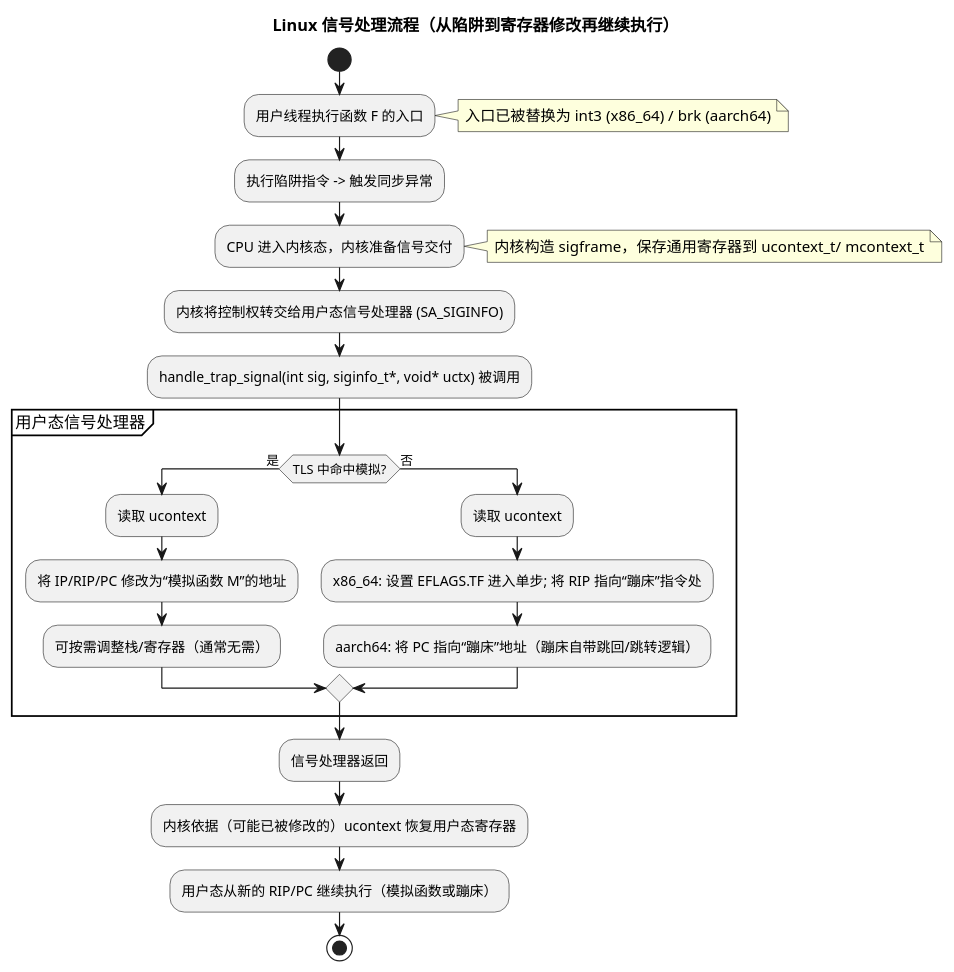
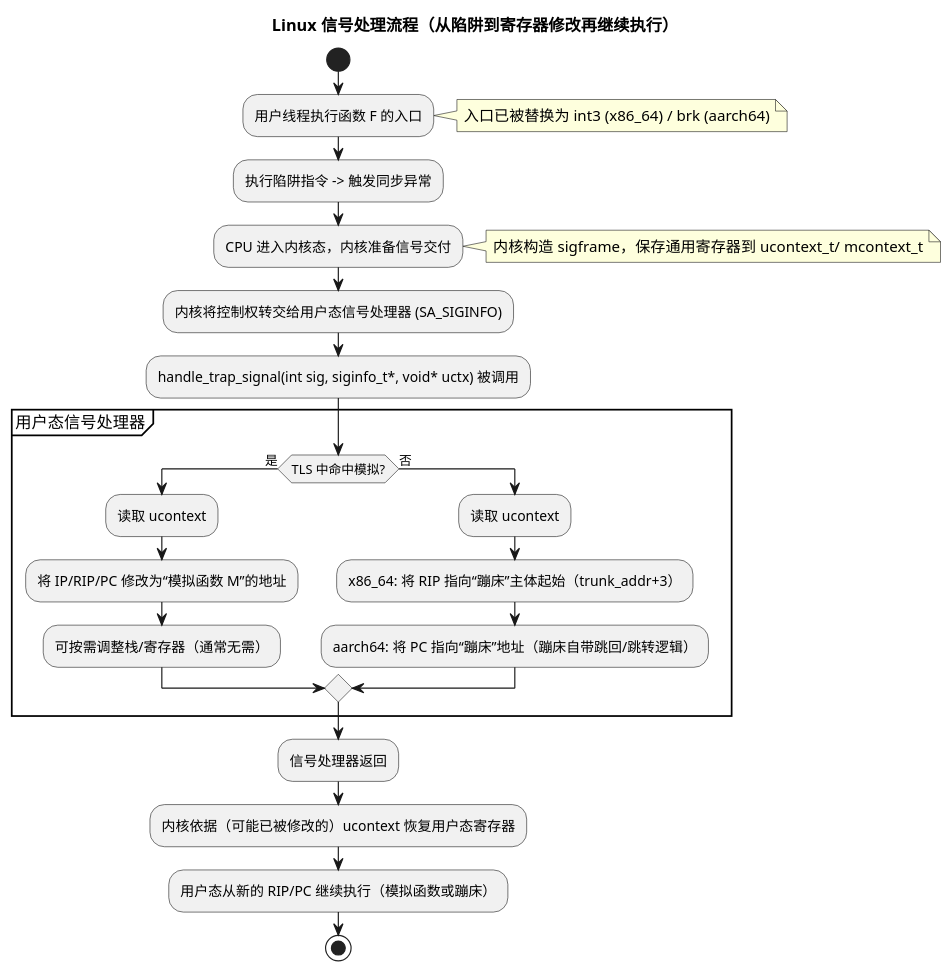
Before and after one commit to skyfireitdiy/mockrs: the third of 6 diagrams in doc/方案介绍-mockrs-超越Trait的自由函数模拟与线程安全.md, drawn with PlantUML. The commit also changed other lines of this file and 9 other files, not shown here.

````diff
--- a/doc/方案介绍-mockrs-超越Trait的自由函数模拟与线程安全.md
+++ b/doc/方案介绍-mockrs-超越Trait的自由函数模拟与线程安全.md
@@ -171,34 +171,34 @@
 ```plantuml
 @startuml
 title Linux 信号处理流程（从陷阱到寄存器修改再继续执行）
 
 start
 :用户线程执行函数 F 的入口;
 note right: 入口已被替换为 int3 (x86_64) / brk (aarch64)
 
 :执行陷阱指令 -> 触发同步异常;
 :CPU 进入内核态，内核准备信号交付;
 note right: 内核构造 sigframe，保存通用寄存器到 ucontext_t/ mcontext_t
 
 :内核将控制权转交给用户态信号处理器 (SA_SIGINFO);
 :handle_trap_signal(int sig, siginfo_t*, void* uctx) 被调用;
 
 partition "用户态信号处理器" {
   if (TLS 中命中模拟?) then (是)
     :读取 ucontext;
     :将 IP/RIP/PC 修改为“模拟函数 M”的地址;
     :可按需调整栈/寄存器（通常无需）;
   else (否)
     :读取 ucontext;
-    :x86_64: 设置 EFLAGS.TF 进入单步; 将 RIP 指向“蹦床”指令处;
+    :x86_64: 将 RIP 指向“蹦床”主体起始（trunk_addr+3）;
     :aarch64: 将 PC 指向“蹦床”地址（蹦床自带跳回/跳转逻辑）;
   endif
 }
 
 :信号处理器返回;
 :内核依据（可能已被修改的）ucontext 恢复用户态寄存器;
 :用户态从新的 RIP/PC 继续执行（模拟函数或蹦床）;
 stop
 
 @enduml
 ```
````
